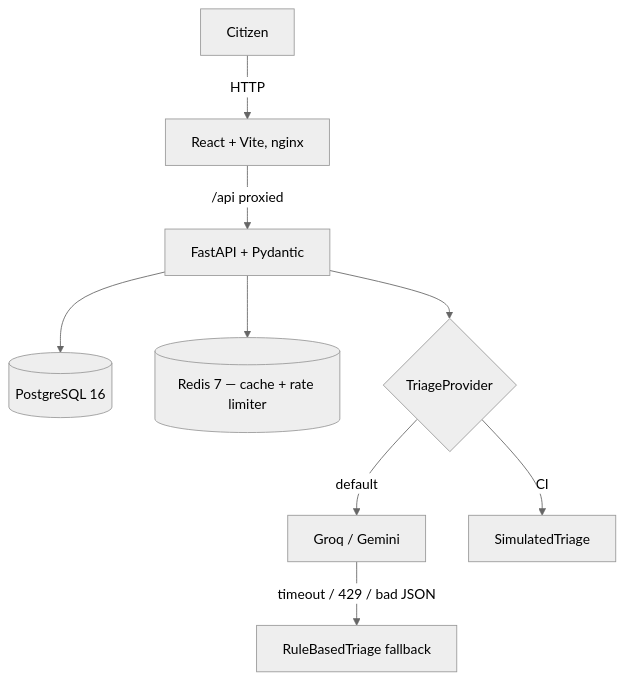
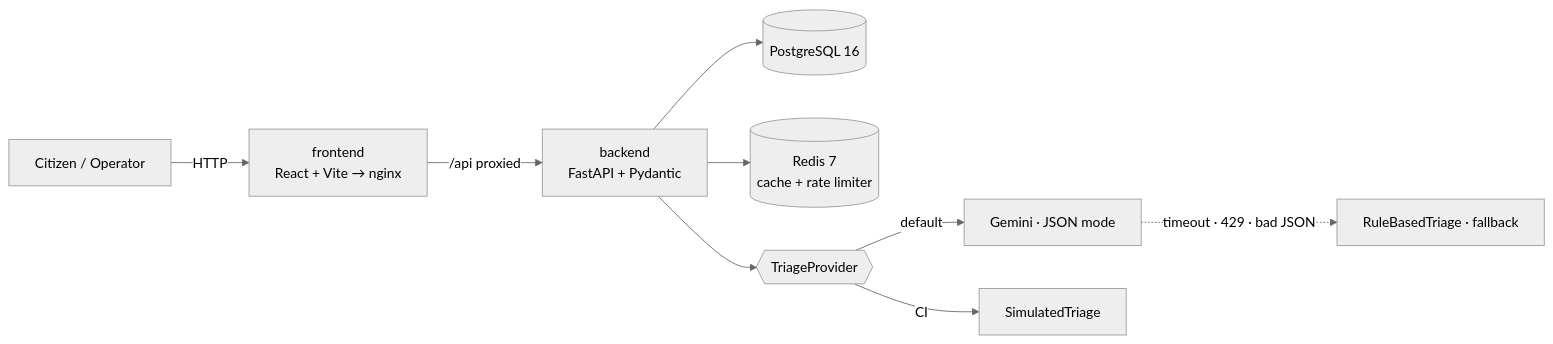
The diagram in README.md (jahanzeb-niazi/Scd-Ass-1), drawn with Mermaid (neutral theme) before and after one commit. The commit also changed other lines of this file and 138 other files, not shown here.

Commit message:
Implemented Frontend And Backend

````diff
--- a/README.md
+++ b/README.md
@@ -16,11 +11,11 @@
 ```mermaid
-flowchart TD
-    Citizen -->|HTTP| Frontend[React + Vite, nginx]
-    Frontend -->|/api proxied| Backend[FastAPI + Pydantic]
-    Backend --> Postgres[(PostgreSQL 16)]
-    Backend --> Redis[(Redis 7 — cache + rate limiter)]
-    Backend --> TriageProvider{TriageProvider}
-    TriageProvider -->|default| LLM[Groq / Gemini]
-    TriageProvider -->|CI| Simulated[SimulatedTriage]
-    LLM -->|timeout / 429 / bad JSON| Rules[RuleBasedTriage fallback]
+flowchart LR
+  U[Citizen / Operator] -->|HTTP| FE[frontend<br/>React + Vite → nginx]
+  FE -->|/api proxied| BE[backend<br/>FastAPI + Pydantic]
+  BE --> PG[(PostgreSQL 16)]
+  BE --> RD[(Redis 7<br/>cache + rate limiter)]
+  BE --> TP{{TriageProvider}}
+  TP -->|default| LLM[Gemini · JSON mode]
+  TP -->|CI| SIM[SimulatedTriage]
+  LLM -. timeout · 429 · bad JSON .-> RB[RuleBasedTriage · fallback]
 ```
````
